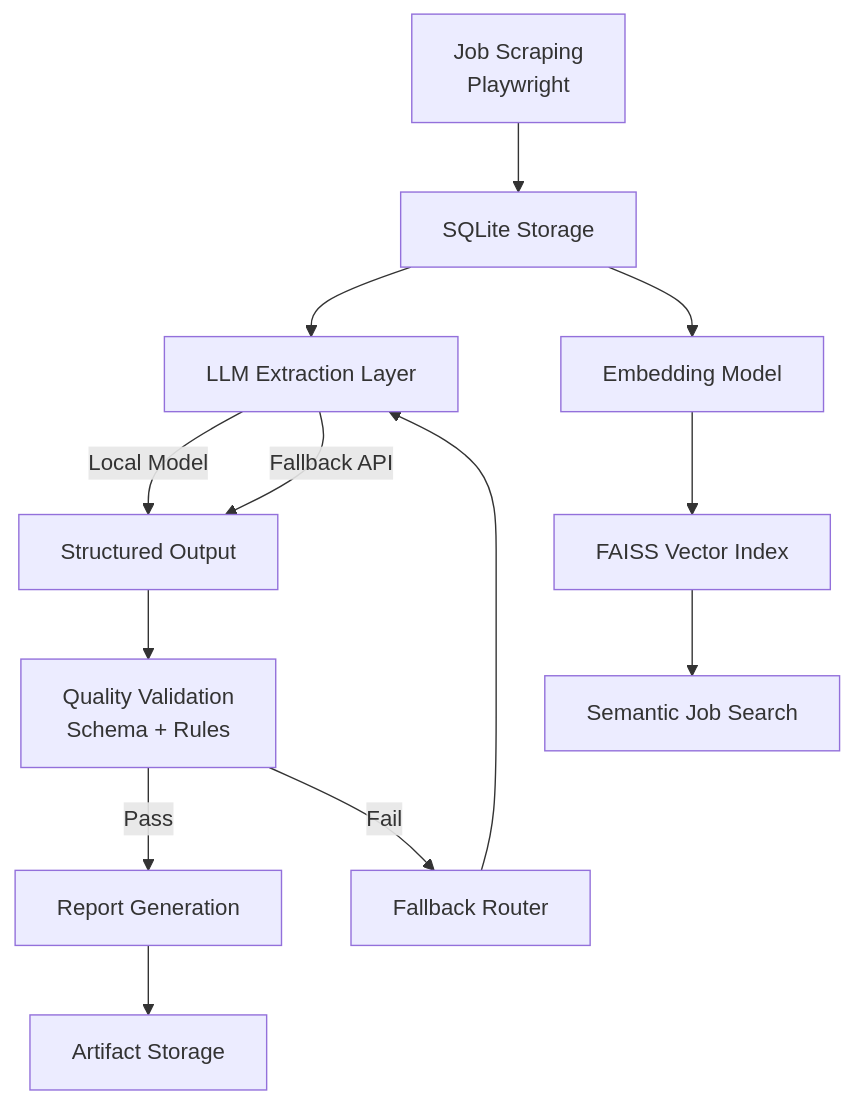
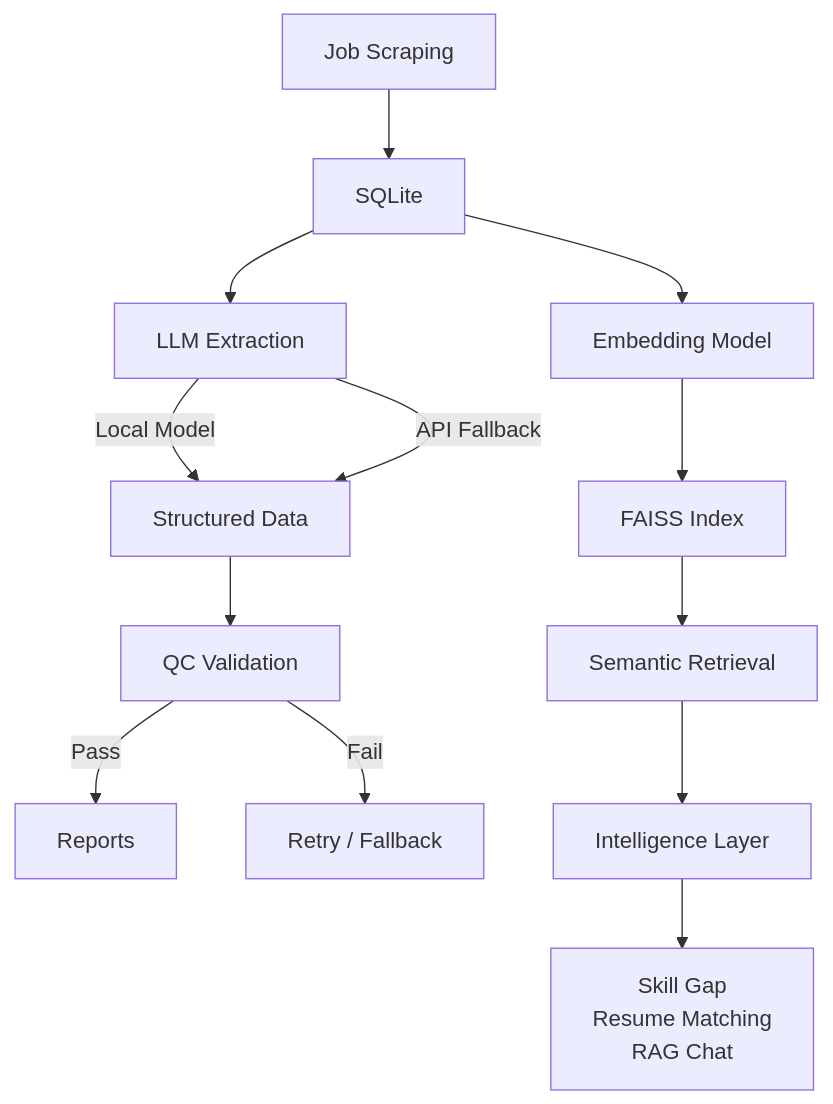
One commit to xiangxingGuo/jobpulse changed the diagram in README.md. Above: the diagram before and after it, drawn with Mermaid. The commit also changed other lines of this file, not shown here.

````diff
--- a/README.md
+++ b/README.md
@@ -47,25 +142,28 @@
 ```mermaid
 flowchart TD
 
-A[Job Scraping<br>Playwright] --> B[SQLite Storage]
+A[Job Scraping] --> B[SQLite]
 
-B --> C[LLM Extraction Layer]
+B --> C[LLM Extraction]
 
-C -->|Local Model| D[Structured Output]
-C -->|Fallback API| D
+C -->|Local Model| D[Structured Data]
+C -->|API Fallback| D
 
-D --> E[Quality Validation<br>Schema + Rules]
+D --> E[QC Validation]
 
-E -->|Pass| F[Report Generation]
-E -->|Fail| G[Fallback Router]
-
-G --> C
+E -->|Pass| F[Reports]
+E -->|Fail| G[Retry / Fallback]
 
 B --> H[Embedding Model]
+H --> I[FAISS Index]
 
-H --> I[FAISS Vector Index]
+I --> J[Semantic Retrieval]
 
-I --> J[Semantic Job Search]
+J --> K[Intelligence Layer]
 
-F --> K[Artifact Storage]
+K --> L[
+Skill Gap
+Resume Matching
+RAG Chat
+]
 ```
````
